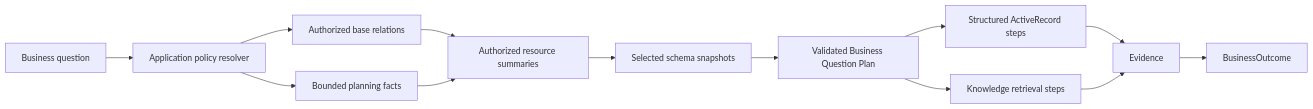
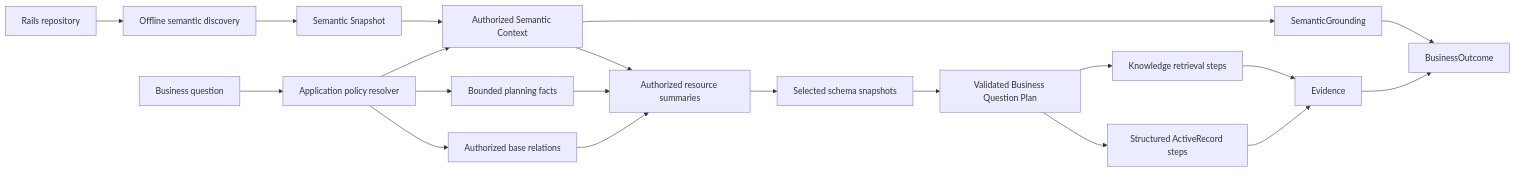
Before and after one commit to benjis/maglev: the diagram in README.md, drawn with Mermaid. The commit also changed other lines of this file and 35 other files, not shown here.

````diff
--- a/README.md
+++ b/README.md
@@ -88,15 +91,22 @@
 ```mermaid
 flowchart LR
+    R["Rails repository"] --> D["Offline semantic discovery"]
+    D --> SS["Semantic Snapshot"]
     Q["Business question"] --> P["Application policy resolver"]
     P --> AR["Authorized base relations"]
     P --> F["Bounded planning facts"]
     AR --> C["Authorized resource summaries"]
     F --> C
+    SS --> ASC["Authorized Semantic Context"]
+    P --> ASC
+    ASC --> C
     C --> S["Selected schema snapshots"]
     S --> B["Validated Business Question Plan"]
     B --> SQ["Structured ActiveRecord steps"]
     B --> KQ["Knowledge retrieval steps"]
     SQ --> E["Evidence"]
     KQ --> E
     E --> O["BusinessOutcome"]
+    ASC --> G["SemanticGrounding"]
+    G --> O
 ```
````
